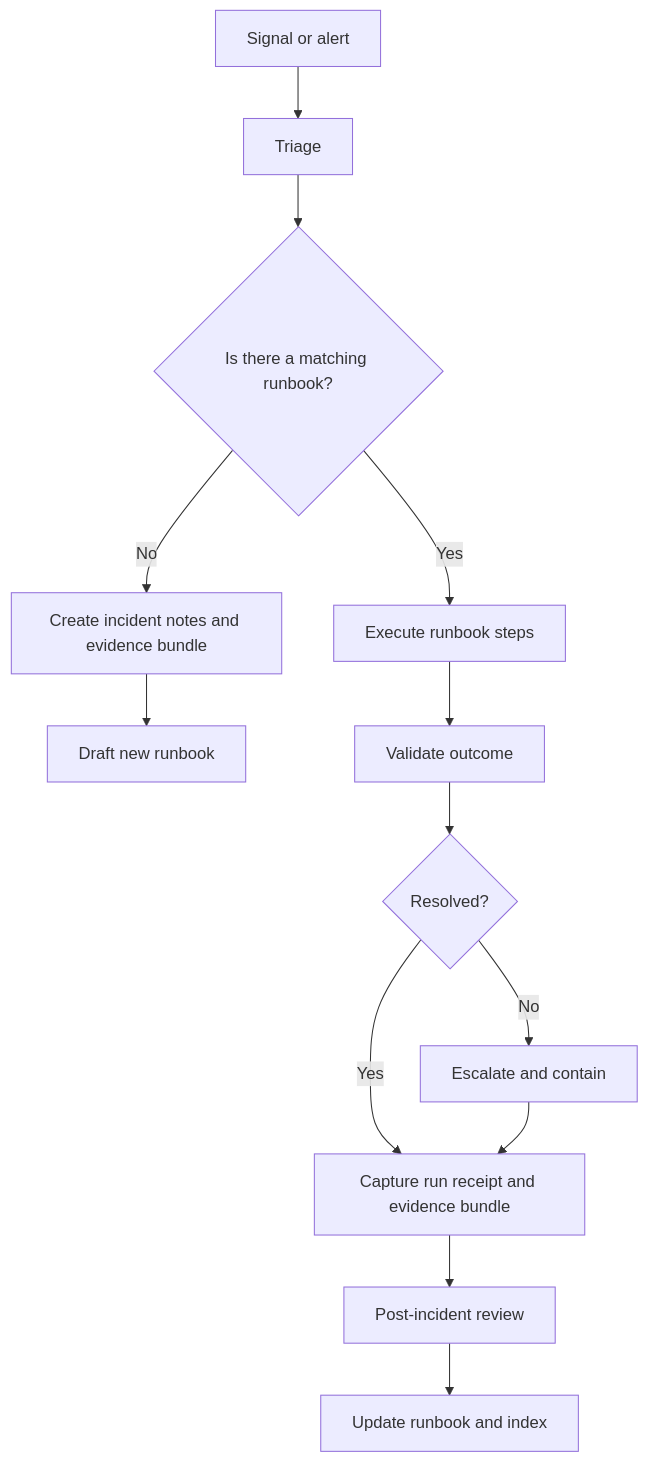
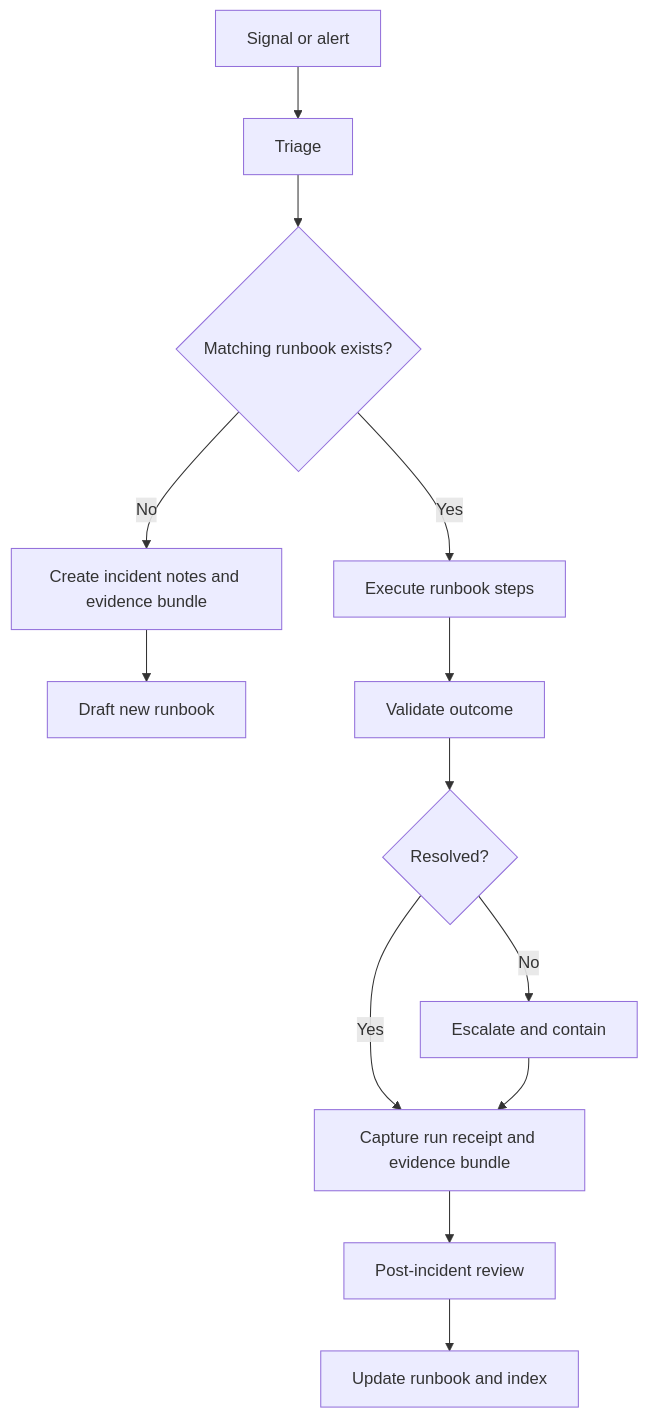
One commit to bartytime4life/Kansas-Frontier-Matrix changed the diagram in docs/runbooks/README.md. Above: the diagram before and after it, drawn with Mermaid. The commit also changed other lines of this file, not shown here.

````diff
--- a/docs/runbooks/README.md
+++ b/docs/runbooks/README.md
@@ -684,15 +434,15 @@
 ```mermaid
 flowchart TD
   A[Signal or alert] --> B[Triage]
-  B --> C{Is there a matching runbook?}
+  B --> C{Matching runbook exists?}
   C -- Yes --> D[Execute runbook steps]
   C -- No --> E[Create incident notes and evidence bundle]
   E --> F[Draft new runbook]
   D --> G[Validate outcome]
   G --> H{Resolved?}
   H -- Yes --> I[Capture run receipt and evidence bundle]
   H -- No --> J[Escalate and contain]
   J --> I
   I --> K[Post-incident review]
   K --> L[Update runbook and index]
 ```
````
